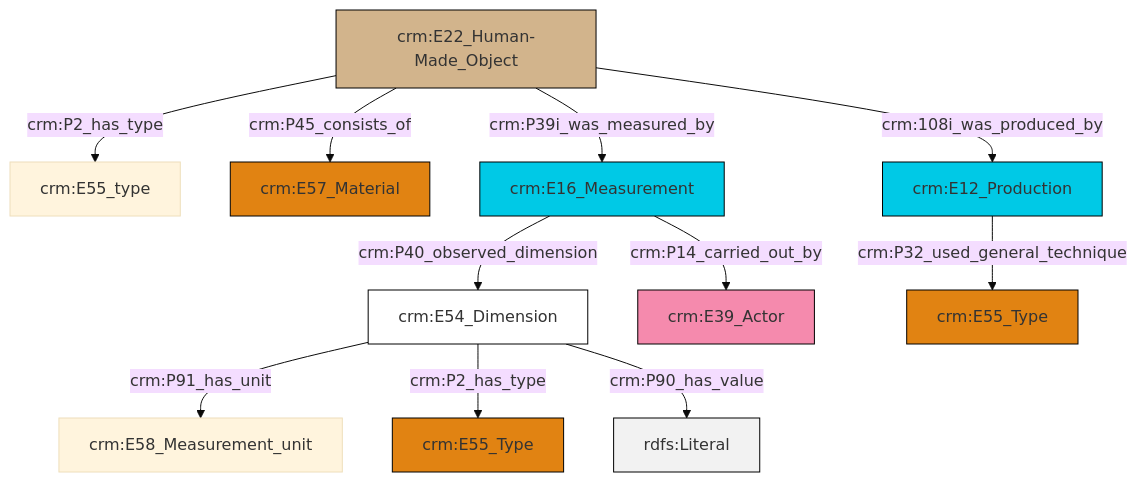
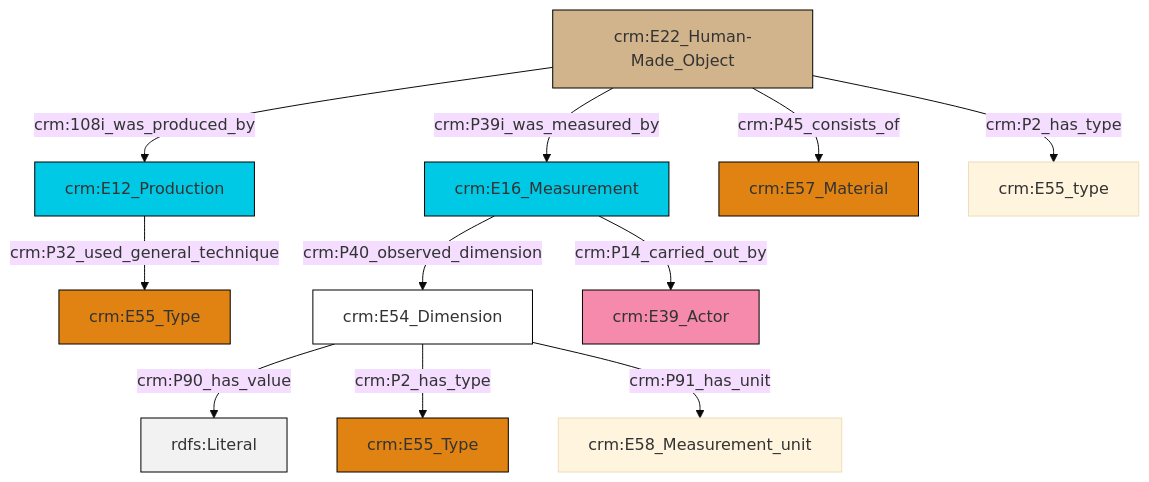
The diagram in et/builtWorkCSV/ttl/mmd/Built_Work_substance.ttl.mmd (swiss-art-research-net/docs.swissartresearch), drawn with Mermaid (base theme) before and after one commit. The commit also changed 176 other files, not shown here.

```diff
--- a/et/builtWorkCSV/ttl/mmd/Built_Work_substance.ttl.mmd
+++ b/et/builtWorkCSV/ttl/mmd/Built_Work_substance.ttl.mmd
@@ -1,25 +1,25 @@
 graph TD
 classDef Literal fill:#f2f2f2,stroke:#000000;
 classDef CRM_Entity fill:#FFFFFF,stroke:#000000;
 classDef Temporal_Entity fill:#00C9E6, stroke:#000000;
 classDef Type fill:#E18312, stroke:#000000;
 classDef Time-Span fill:#2C9C91, stroke:#000000;
 classDef Appellation fill:#FFEB7F, stroke:#000000;
 classDef Place fill:#008836, stroke:#000000;
 classDef Persistent_Item fill:#B266B2, stroke:#000000;
 classDef Conceptual_Object fill:#FFD700, stroke:#000000;
 classDef Physical_Thing fill:#D2B48C, stroke:#000000;
 classDef Actor fill:#f58aad, stroke:#000000;
 classDef PC_Classes fill:#4ce600, stroke:#000000;
 classDef Multi fill:#cccccc,stroke:#000000;
 
-0["crm:E22_Human-Made_Object"]:::Physical_Thing -->|crm:P2_has_type| 1["crm:E55_type"]:::Default
-4["crm:E16_Measurement"]:::Temporal_Entity -->|crm:P40_observed_dimension| 5["crm:E54_Dimension"]:::CRM_Entity
-0["crm:E22_Human-Made_Object"]:::Physical_Thing -->|crm:P39i_was_measured_by| 4["crm:E16_Measurement"]:::Temporal_Entity
-5["crm:E54_Dimension"]:::CRM_Entity -->|crm:P91_has_unit| 8["crm:E58_Measurement_unit"]:::Default
-4["crm:E16_Measurement"]:::Temporal_Entity -->|crm:P14_carried_out_by| 9["crm:E39_Actor"]:::Actor
-5["crm:E54_Dimension"]:::CRM_Entity -->|crm:P2_has_type| 10["crm:E55_Type"]:::Type
-6["crm:E12_Production"]:::Temporal_Entity -->|crm:P32_used_general_technique| 12["crm:E55_Type"]:::Type
-0["crm:E22_Human-Made_Object"]:::Physical_Thing -->|crm:108i_was_produced_by| 6["crm:E12_Production"]:::Temporal_Entity
-5["crm:E54_Dimension"]:::CRM_Entity -->|crm:P90_has_value| 20[rdfs:Literal]:::Literal
-0["crm:E22_Human-Made_Object"]:::Physical_Thing -->|crm:P45_consists_of| 2["crm:E57_Material"]:::Type
+2["crm:E22_Human-Made_Object"]:::Physical_Thing -->|crm:108i_was_produced_by| 4["crm:E12_Production"]:::Temporal_Entity
+5["crm:E16_Measurement"]:::Temporal_Entity -->|crm:P40_observed_dimension| 6["crm:E54_Dimension"]:::CRM_Entity
+6["crm:E54_Dimension"]:::CRM_Entity -->|crm:P90_has_value| 8[rdfs:Literal]:::Literal
+6["crm:E54_Dimension"]:::CRM_Entity -->|crm:P2_has_type| 9["crm:E55_Type"]:::Type
+4["crm:E12_Production"]:::Temporal_Entity -->|crm:P32_used_general_technique| 0["crm:E55_Type"]:::Type
+2["crm:E22_Human-Made_Object"]:::Physical_Thing -->|crm:P45_consists_of| 10["crm:E57_Material"]:::Type
+2["crm:E22_Human-Made_Object"]:::Physical_Thing -->|crm:P2_has_type| 14["crm:E55_type"]:::Default
+6["crm:E54_Dimension"]:::CRM_Entity -->|crm:P91_has_unit| 19["crm:E58_Measurement_unit"]:::Default
+2["crm:E22_Human-Made_Object"]:::Physical_Thing -->|crm:P39i_was_measured_by| 5["crm:E16_Measurement"]:::Temporal_Entity
+5["crm:E16_Measurement"]:::Temporal_Entity -->|crm:P14_carried_out_by| 12["crm:E39_Actor"]:::Actor
```
